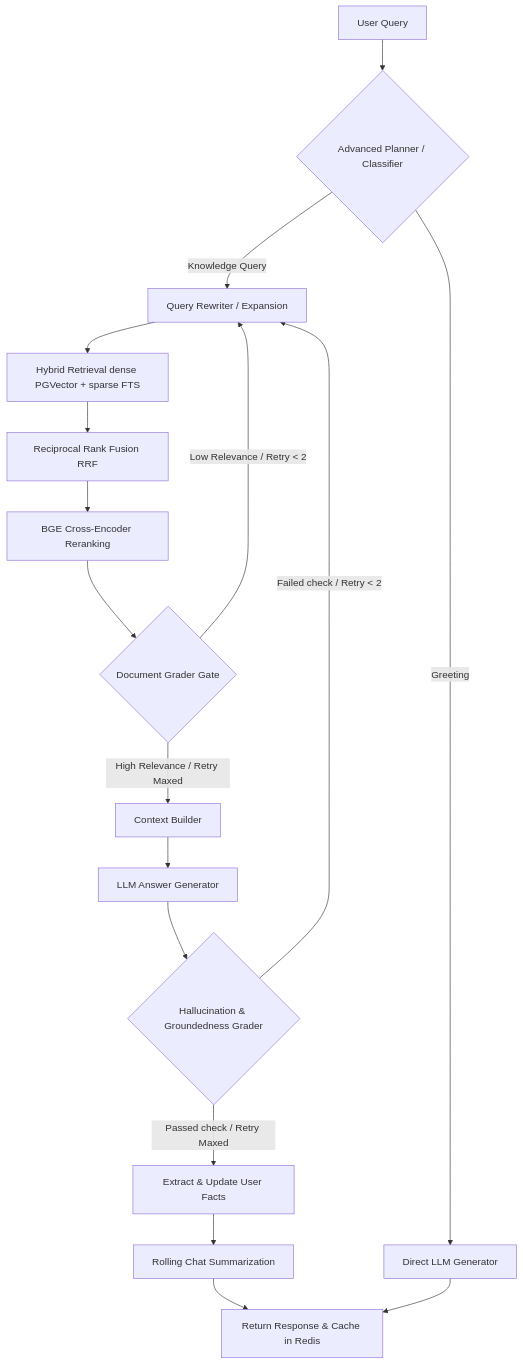
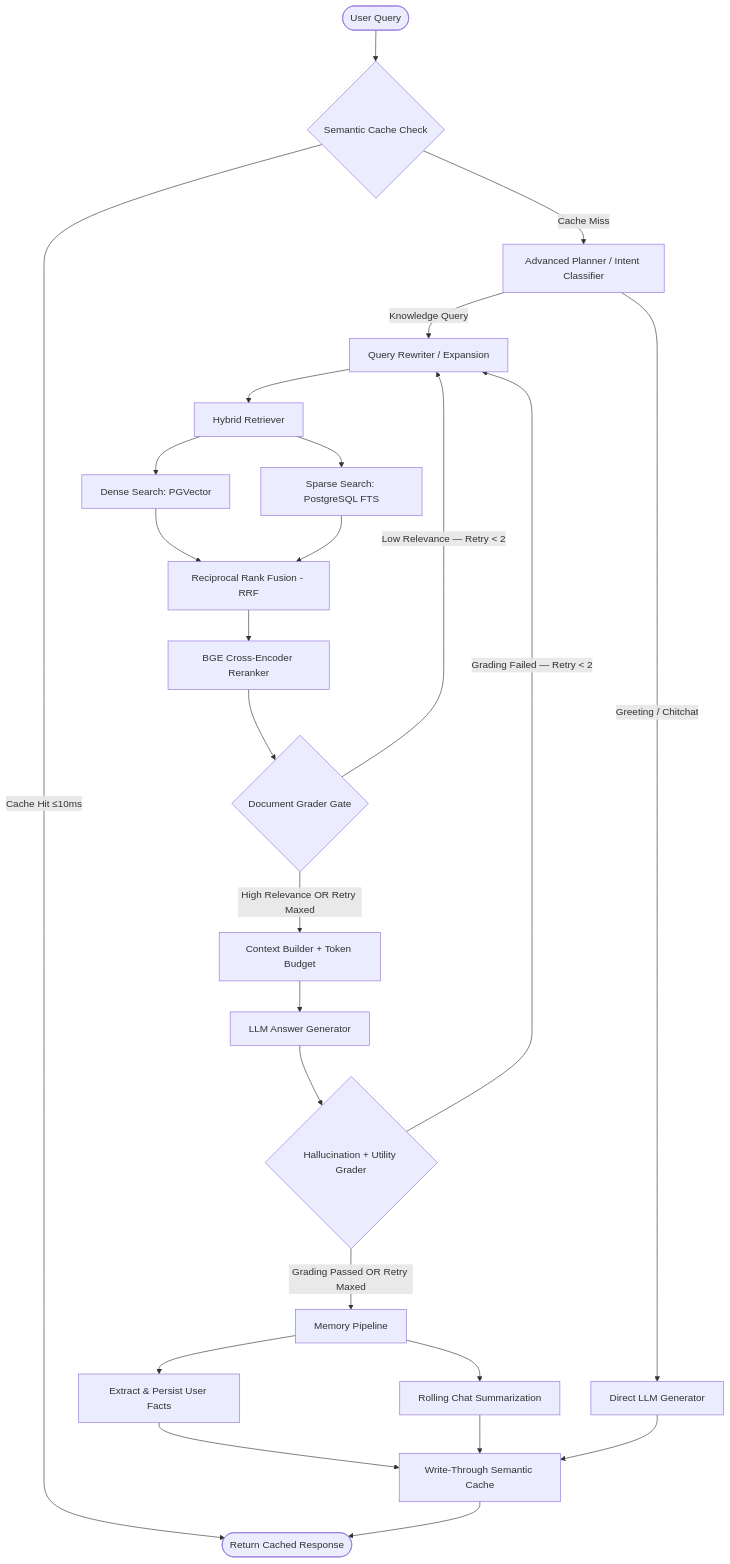
One commit to mehul0071/rag_assist_v2 changed the diagram in README.md. Above: the diagram before and after it, drawn with Mermaid. The commit also changed other lines of this file, not shown here.

````diff
--- a/README.md
+++ b/README.md
@@ -13,19 +40,32 @@
 ```mermaid
 graph TD
-    A[User Query] --> B{Advanced Planner / Classifier}
-    B -->|Greeting| C[Direct LLM Generator]
-    B -->|Knowledge Query| D[Query Rewriter / Expansion]
-    D --> E[Hybrid Retrieval dense PGVector + sparse FTS]
-    E --> F[Reciprocal Rank Fusion RRF]
-    F --> G[BGE Cross-Encoder Reranking]
-    G --> H{Document Grader Gate}
-    H -->|Low Relevance / Retry < 2| D
-    H -->|High Relevance / Retry Maxed| I[Context Builder]
-    I --> J[LLM Answer Generator]
-    J --> K{Hallucination & Groundedness Grader}
-    K -->|Failed check / Retry < 2| D
-    K -->|Passed check / Retry Maxed| L[Extract & Update User Facts]
-    L --> M[Rolling Chat Summarization]
-    M --> N[Return Response & Cache in Redis]
-    C --> N
+    A([User Query]) --> B{Semantic Cache Check}
+    B -->|Cache Hit ≤10ms| Z([Return Cached Response])
+    B -->|Cache Miss| C[Advanced Planner / Intent Classifier]
+
+    C -->|Greeting / Chitchat| D[Direct LLM Generator]
+    C -->|Knowledge Query| E[Query Rewriter / Expansion]
+
+    E --> F[Hybrid Retriever]
+    F --> F1[Dense Search: PGVector]
+    F --> F2[Sparse Search: PostgreSQL FTS]
+    F1 --> G[Reciprocal Rank Fusion - RRF]
+    F2 --> G
+    G --> H[BGE Cross-Encoder Reranker]
+
+    H --> I{Document Grader Gate}
+    I -->|Low Relevance — Retry < 2| E
+    I -->|High Relevance OR Retry Maxed| J[Context Builder + Token Budget]
+
+    J --> K[LLM Answer Generator]
+    K --> L{Hallucination + Utility Grader}
+    L -->|Grading Failed — Retry < 2| E
+    L -->|Grading Passed OR Retry Maxed| M[Memory Pipeline]
+
+    M --> M1[Extract & Persist User Facts]
+    M --> M2[Rolling Chat Summarization]
+    M1 --> N[Write-Through Semantic Cache]
+    M2 --> N
+    D --> N
+    N --> Z
 ```
````
